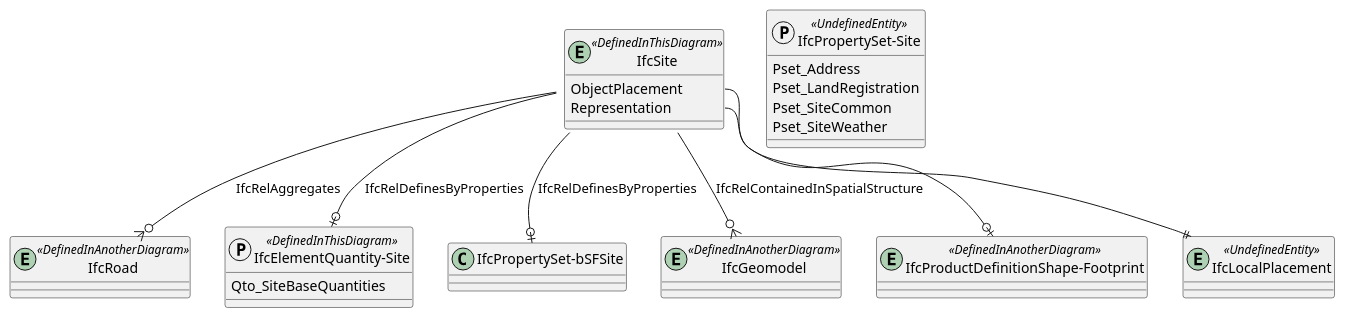
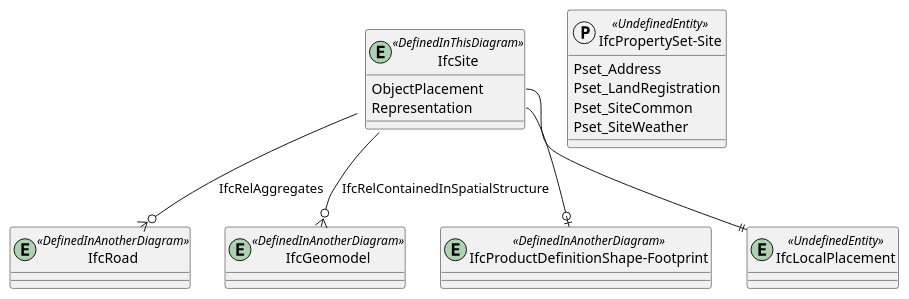
One commit to buildingSMART-Finland/RYTV-IFCRoute changed the diagram in diagrams/bsf-IfcSite.pu. Above: the diagram before and after it, drawn with PlantUML. The commit also changed 3 other files, not shown here.

```diff
--- a/diagrams/bsf-IfcSite.pu
+++ b/diagrams/bsf-IfcSite.pu
@@ -1,40 +1,33 @@
 @startuml 
 
 entity IfcSite <<DefinedInThisDiagram>>
 {
   ObjectPlacement
   Representation
 }
 
 entity IfcRoad <<DefinedInAnotherDiagram>> 
 
 IfcSite--o{IfcRoad : IfcRelAggregates
 
 protocol "IfcPropertySet-Site" <<UndefinedEntity>>
 {
   Pset_Address
   Pset_LandRegistration
   Pset_SiteCommon
   Pset_SiteWeather
 }
 
 entity IfcGeomodel <<DefinedInAnotherDiagram>>
 IfcSite::ContainsElements--o{IfcGeomodel : IfcRelContainedInSpatialStructure
 
-protocol "IfcElementQuantity-Site" <<DefinedInThisDiagram>>
-{
-  Qto_SiteBaseQuantities
-}
 
 entity "IfcProductDefinitionShape-Footprint" <<DefinedInAnotherDiagram>>
 IfcSite::Representation --o| "IfcProductDefinitionShape-Footprint"
 
 entity IfcLocalPlacement <<UndefinedEntity>>
 IfcSite::ObjectPlacement--||IfcLocalPlacement
 
 
-IfcSite --o| "IfcPropertySet-bSFSite" : IfcRelDefinesByProperties
-IfcSite --o| "IfcElementQuantity-Site" : IfcRelDefinesByProperties
-
 
 @enduml
```
